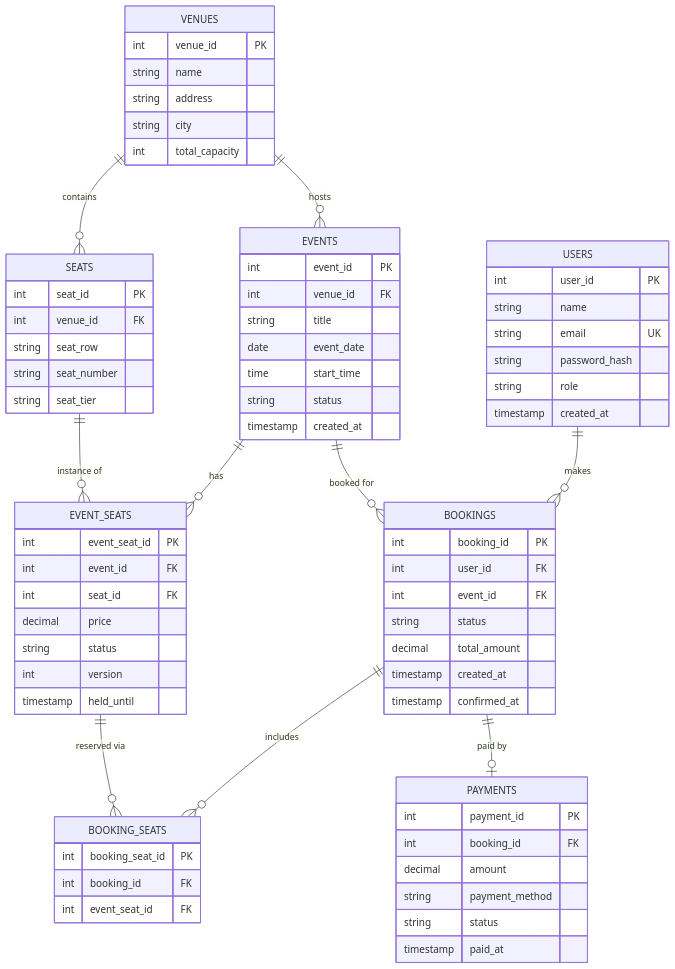
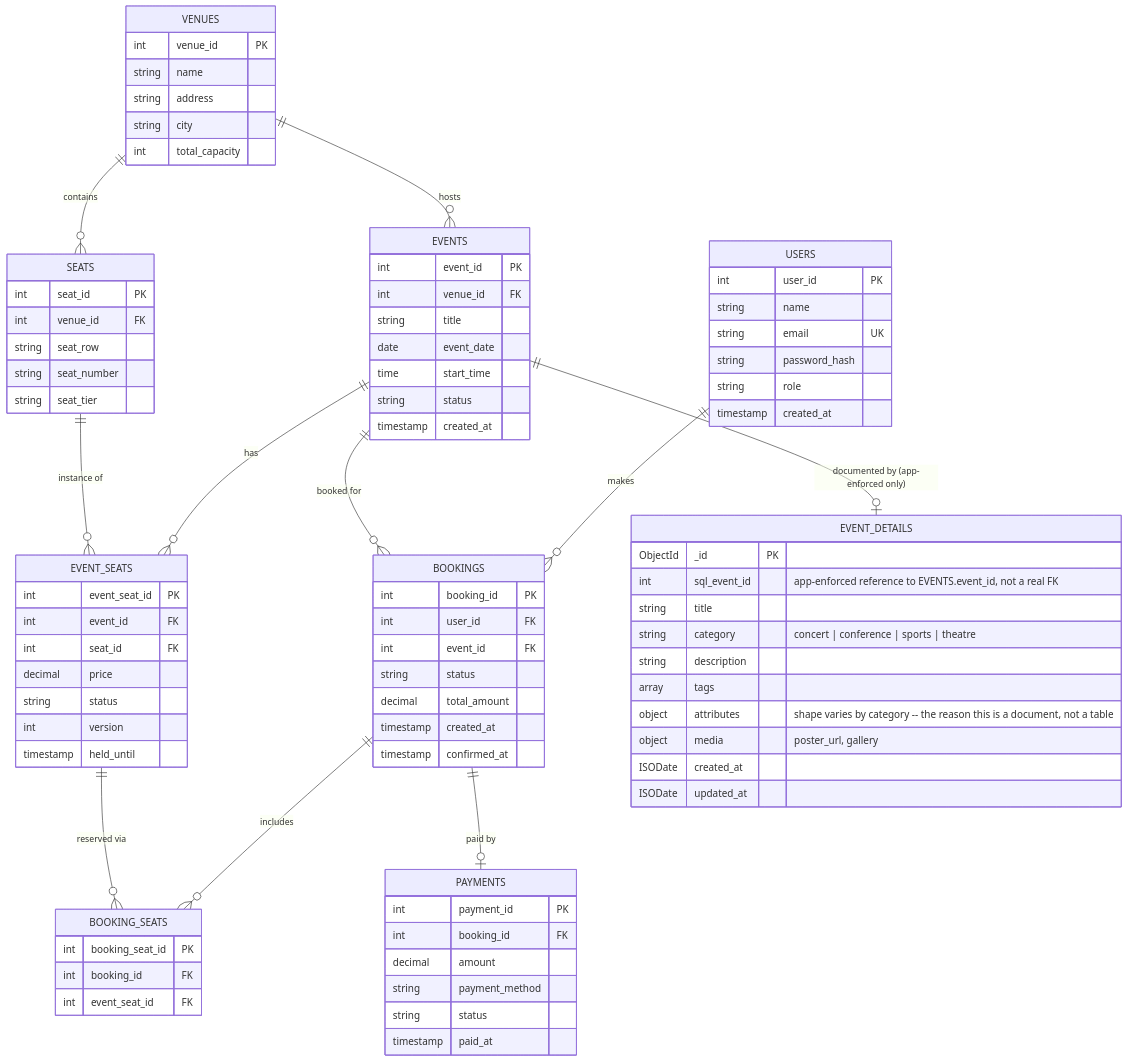
The diagram in docs/erd.mmd (zawnaylin/gisma-advance-database-assessment), drawn with Mermaid before and after one commit. The commit also changed 17 other files, not shown here.

```diff
--- a/docs/erd.mmd
+++ b/docs/erd.mmd
@@ -1,80 +1,103 @@
 erDiagram
     USERS {
         int user_id PK
         string name
         string email UK
         string password_hash
         string role
         timestamp created_at
     }
 
     VENUES {
         int venue_id PK
         string name
         string address
         string city
         int total_capacity
     }
 
     SEATS {
         int seat_id PK
         int venue_id FK
         string seat_row
         string seat_number
         string seat_tier
     }
 
     EVENTS {
         int event_id PK
         int venue_id FK
         string title
         date event_date
         time start_time
         string status
         timestamp created_at
     }
 
     EVENT_SEATS {
         int event_seat_id PK
         int event_id FK
         int seat_id FK
         decimal price
         string status
         int version
         timestamp held_until
     }
 
     BOOKINGS {
         int booking_id PK
         int user_id FK
         int event_id FK
         string status
         decimal total_amount
         timestamp created_at
         timestamp confirmed_at
     }
 
     BOOKING_SEATS {
         int booking_seat_id PK
         int booking_id FK
         int event_seat_id FK
     }
 
     PAYMENTS {
         int payment_id PK
         int booking_id FK
         decimal amount
         string payment_method
         string status
         timestamp paid_at
     }
 
     VENUES ||--o{ SEATS : "contains"
     VENUES ||--o{ EVENTS : "hosts"
     EVENTS ||--o{ EVENT_SEATS : "has"
     SEATS ||--o{ EVENT_SEATS : "instance of"
     USERS ||--o{ BOOKINGS : "makes"
     EVENTS ||--o{ BOOKINGS : "booked for"
     BOOKINGS ||--o{ BOOKING_SEATS : "includes"
     EVENT_SEATS ||--o{ BOOKING_SEATS : "reserved via"
     BOOKINGS ||--o| PAYMENTS : "paid by"
+
+    %% --- Different domain below: a MongoDB collection, not a Postgres table. ---
+    %% EVENT_DETAILS holds category-specific event content -- the "attributes"
+    %% field is deliberately unshaped (a concert's artist, a conference's
+    %% speaker list, a sports fixture's teams are all different shapes) --
+    %% exactly the case a rigid relational column set handles poorly.
+    %% The relationship below is NOT a real foreign key: sql_event_id is an
+    %% application-maintained reference across two separate database
+    %% systems, with no engine on either side able to enforce it.
+    EVENT_DETAILS {
+        ObjectId _id PK
+        int sql_event_id "app-enforced reference to EVENTS.event_id, not a real FK"
+        string title
+        string category "concert | conference | sports | theatre"
+        string description
+        array tags
+        object attributes "shape varies by category -- the reason this is a document, not a table"
+        object media "poster_url, gallery"
+        ISODate created_at
+        ISODate updated_at
+    }
+
+    EVENTS ||--o| EVENT_DETAILS : "documented by (app-enforced only)"
```
